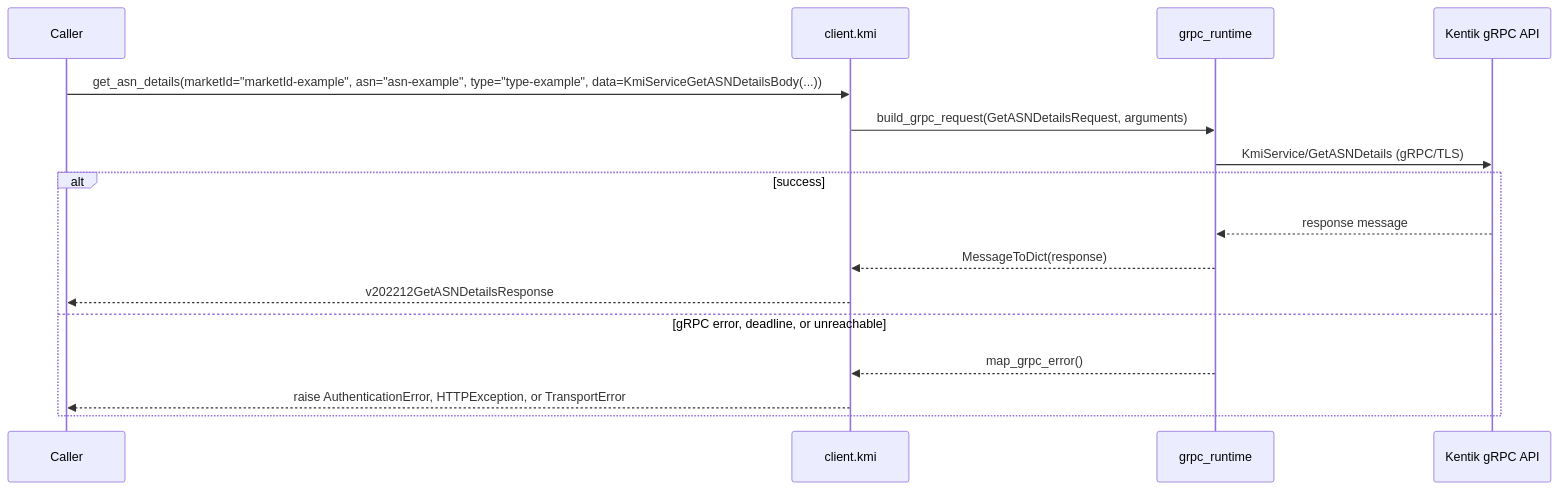
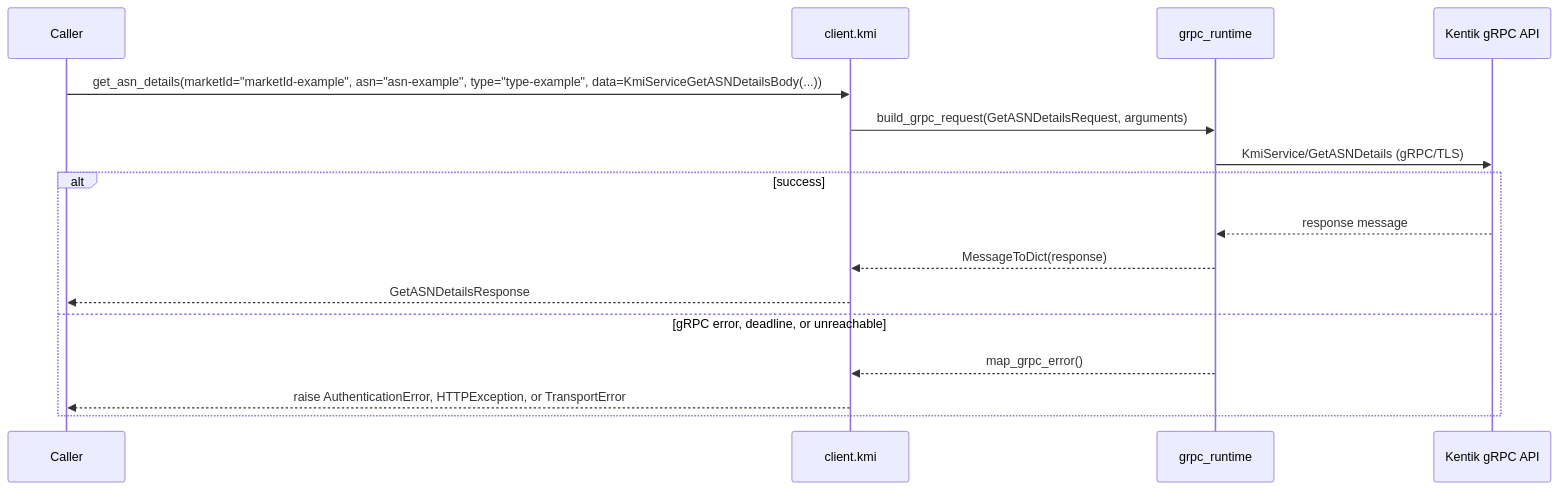
Before and after one commit to alexdearaujo/community_sdk_python: the seventh of 12 diagrams in docs/sphinx/services/kmi.md, drawn with Mermaid. The commit also changed other lines of this file and 38 other files, not shown here.

````diff
--- a/docs/sphinx/services/kmi.md
+++ b/docs/sphinx/services/kmi.md
@@ -220,19 +220,19 @@
 ```mermaid
 sequenceDiagram
     participant C as Caller
     participant W as client.kmi
     participant R as grpc_runtime
     participant API as Kentik gRPC API
 
     C->>W: get_asn_details(marketId="marketId-example", asn="asn-example", type="type-example", data=KmiServiceGetASNDetailsBody(...))
     W->>R: build_grpc_request(GetASNDetailsRequest, arguments)
     R->>API: KmiService/GetASNDetails (gRPC/TLS)
     alt success
         API-->>R: response message
         R-->>W: MessageToDict(response)
-        W-->>C: v202212GetASNDetailsResponse
+        W-->>C: GetASNDetailsResponse
     else gRPC error, deadline, or unreachable
         R-->>W: map_grpc_error()
         W-->>C: raise AuthenticationError, HTTPException, or TransportError
     end
 ```
````
